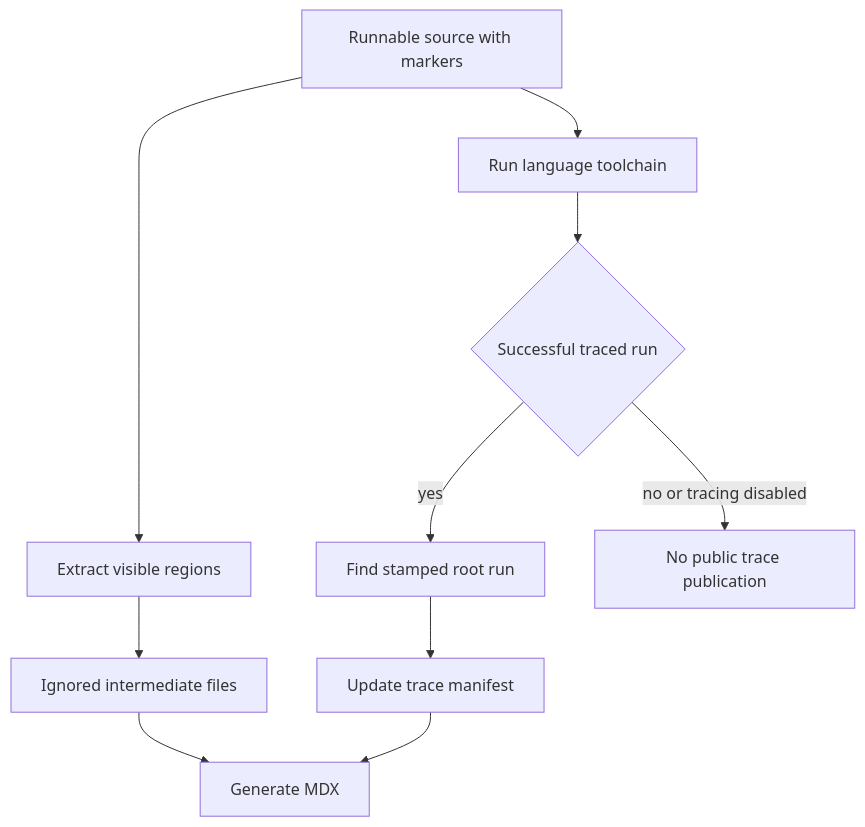
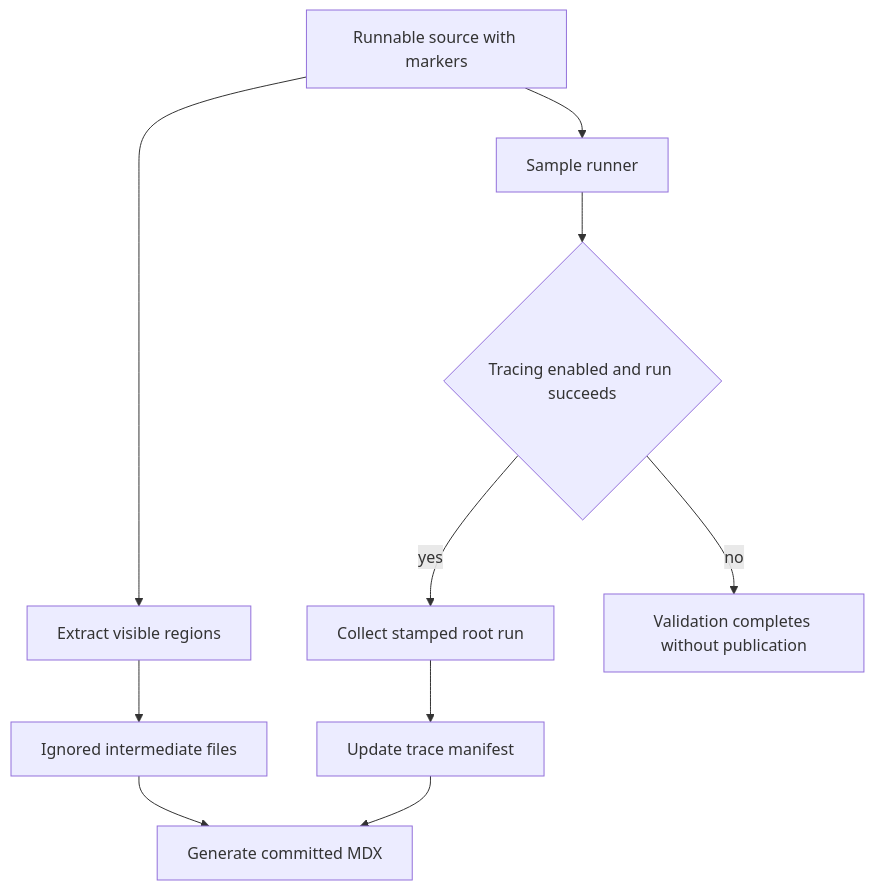
The first of 2 diagrams in openwiki/workflows/code-sample-lifecycle.md (langchain-ai/docs), drawn with Mermaid before and after one commit. The commit also changed other lines of this file and 20 other files, not shown here.

````diff
--- a/openwiki/workflows/code-sample-lifecycle.md
+++ b/openwiki/workflows/code-sample-lifecycle.md
@@ -45,12 +49,12 @@
 ```mermaid
 flowchart TD
-  Source["Runnable source with markers"] --> Validate["Run language toolchain"]
+  Source["Runnable source with markers"] --> Run["Sample runner"]
   Source --> Extract["Extract visible regions"]
   Extract --> Intermediate["Ignored intermediate files"]
-  Intermediate --> Render["Generate MDX"]
-  Validate --> Outcome{"Successful traced run"}
-  Outcome -->|"yes"| Collect["Find stamped root run"]
+  Intermediate --> Render["Generate committed MDX"]
+  Run --> Decision{"Tracing enabled and run succeeds"}
+  Decision -->|"yes"| Collect["Collect stamped root run"]
   Collect --> Manifest["Update trace manifest"]
   Manifest --> Render
-  Outcome -->|"no or tracing disabled"| NoPublish["No public trace publication"]
+  Decision -->|"no"| Complete["Validation completes without publication"]
 ```
````
